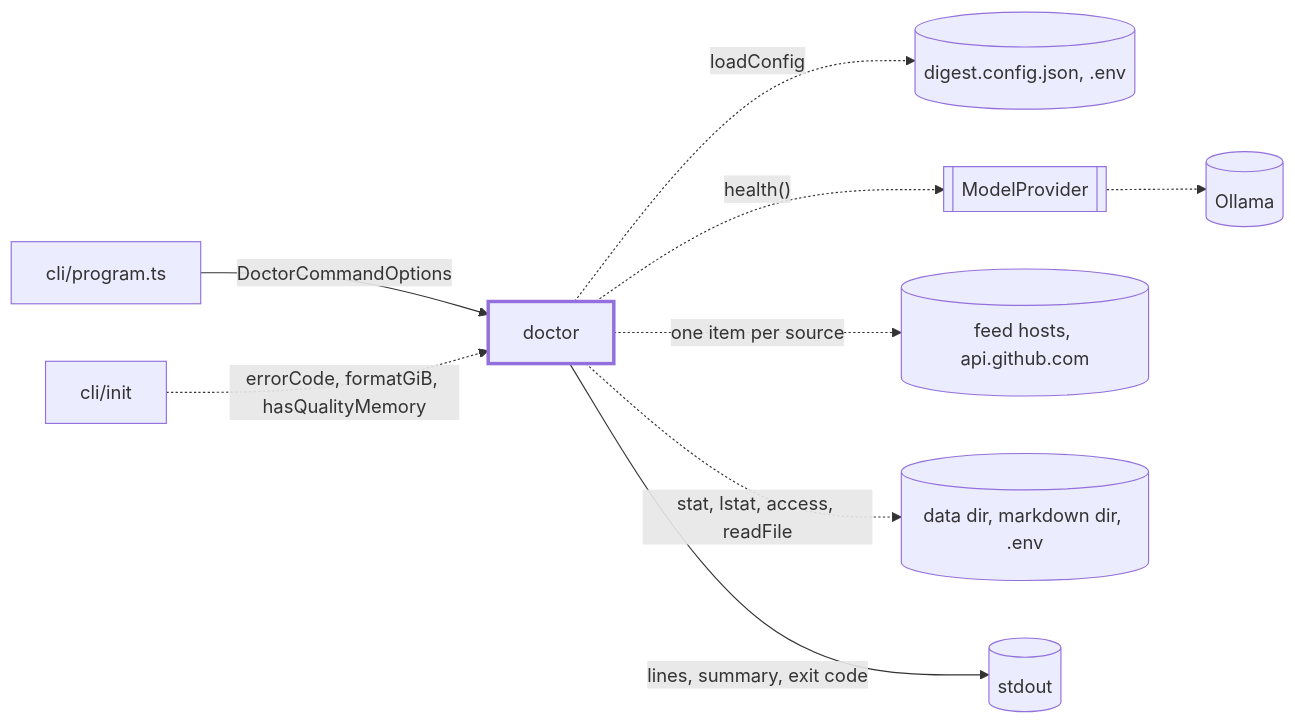
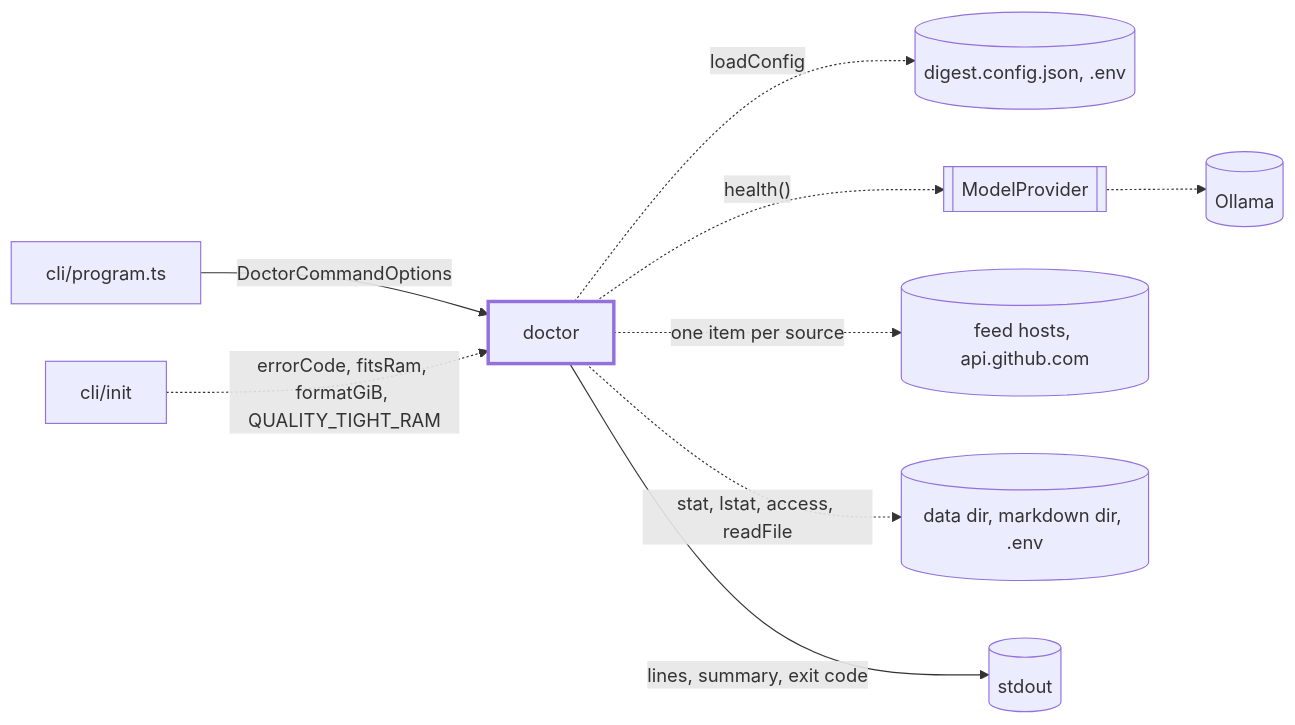
Before and after one commit to odere-pro/weekly-engineering-digest-agent: the first of 2 diagrams in src/cli/doctor/CLAUDE.md, drawn with Mermaid. The commit also changed 20 other files, not shown here.

First line of the commit message:
fix(doctor): readiness flags quality as tight at 32-48 GiB RAM

````diff
--- a/src/cli/doctor/CLAUDE.md
+++ b/src/cli/doctor/CLAUDE.md
@@ -10,11 +10,11 @@
 ```mermaid
 flowchart LR
   program["cli/program.ts"] -->|"DoctorCommandOptions"| doctor:::focus
   doctor -.->|"loadConfig"| cfg[("digest.config.json, .env")]
   doctor -.->|"health()"| mp[[ModelProvider]] -.-> ollama[(Ollama)]
   doctor -.->|"one item per source"| feeds[("feed hosts, api.github.com")]
   doctor -.->|"stat, lstat, access, readFile"| disk[("data dir, markdown dir, .env")]
   doctor -->|"lines, summary, exit code"| out[("stdout")]
-  init["cli/init"] -.->|"errorCode, formatGiB, hasQualityMemory"| doctor
+  init["cli/init"] -.->|"errorCode, fitsRam, formatGiB, QUALITY_TIGHT_RAM"| doctor
   classDef focus stroke-width:3px
 ```
````
